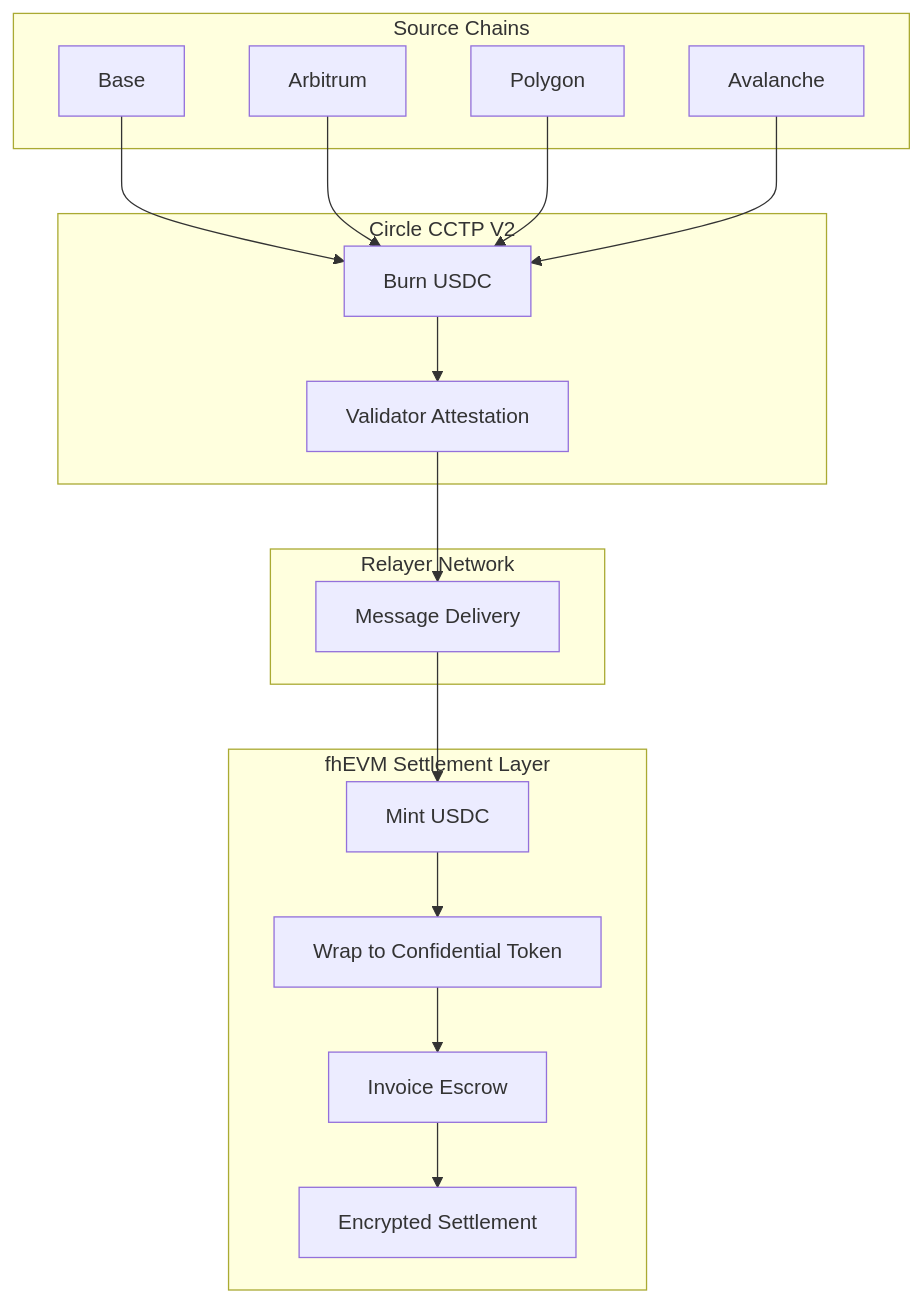
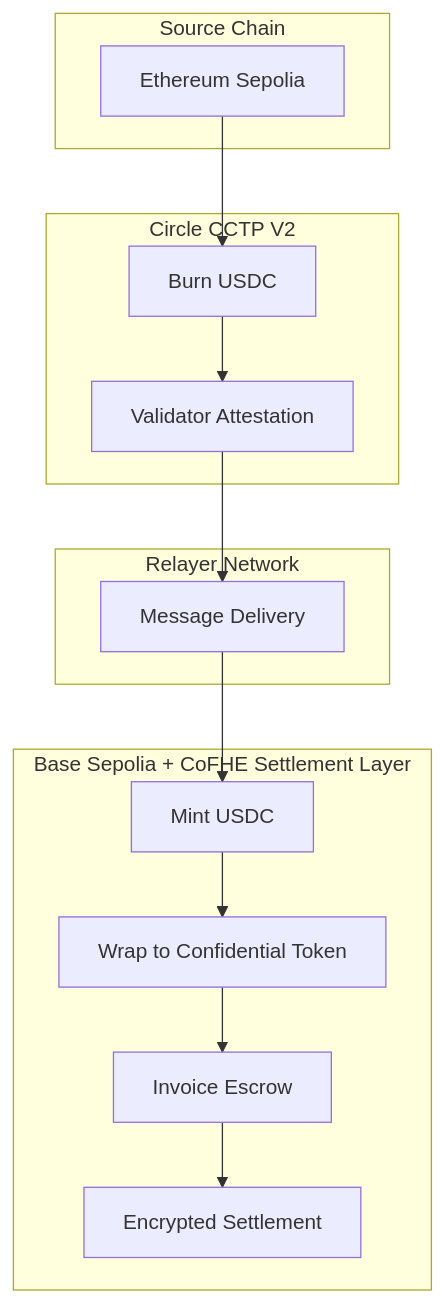
Before and after one commit to PrivaraXYZ/docs: the diagram in lightpaper.md, drawn with Mermaid. The commit also changed other lines of this file and 3 other files, not shown here.

````diff
--- a/lightpaper.md
+++ b/lightpaper.md
@@ -75,33 +75,30 @@
 ```mermaid
 flowchart TB
-    subgraph Source["Source Chains"]
-        S1[Base]
-        S2[Arbitrum]
-        S3[Polygon]
-        S4[Avalanche]
+    subgraph Source["Source Chain"]
+        S1[Ethereum Sepolia]
     end
 
     subgraph Bridge["Circle CCTP V2"]
         B1[Burn USDC]
         B2[Validator Attestation]
     end
 
     subgraph Relay["Relayer Network"]
         R1[Message Delivery]
     end
 
-    subgraph Destination["fhEVM Settlement Layer"]
+    subgraph Destination["Base Sepolia + CoFHE Settlement Layer"]
         D1[Mint USDC]
         D2[Wrap to Confidential Token]
         D3[Invoice Escrow]
         D4[Encrypted Settlement]
     end
 
-    S1 & S2 & S3 & S4 --> B1
+    S1 --> B1
     B1 --> B2
     B2 --> R1
     R1 --> D1
     D1 --> D2
     D2 --> D3
     D3 --> D4
 ```
````
